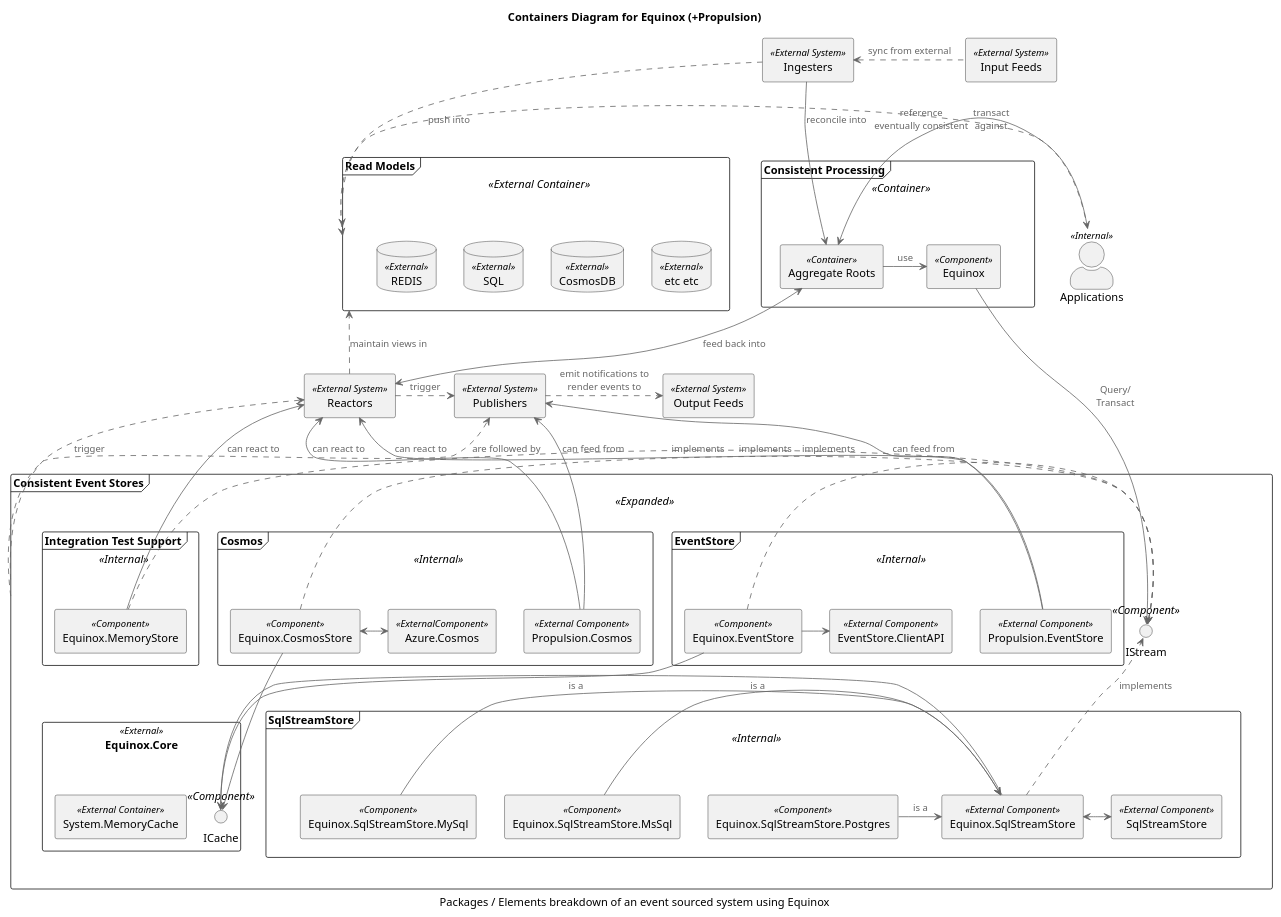
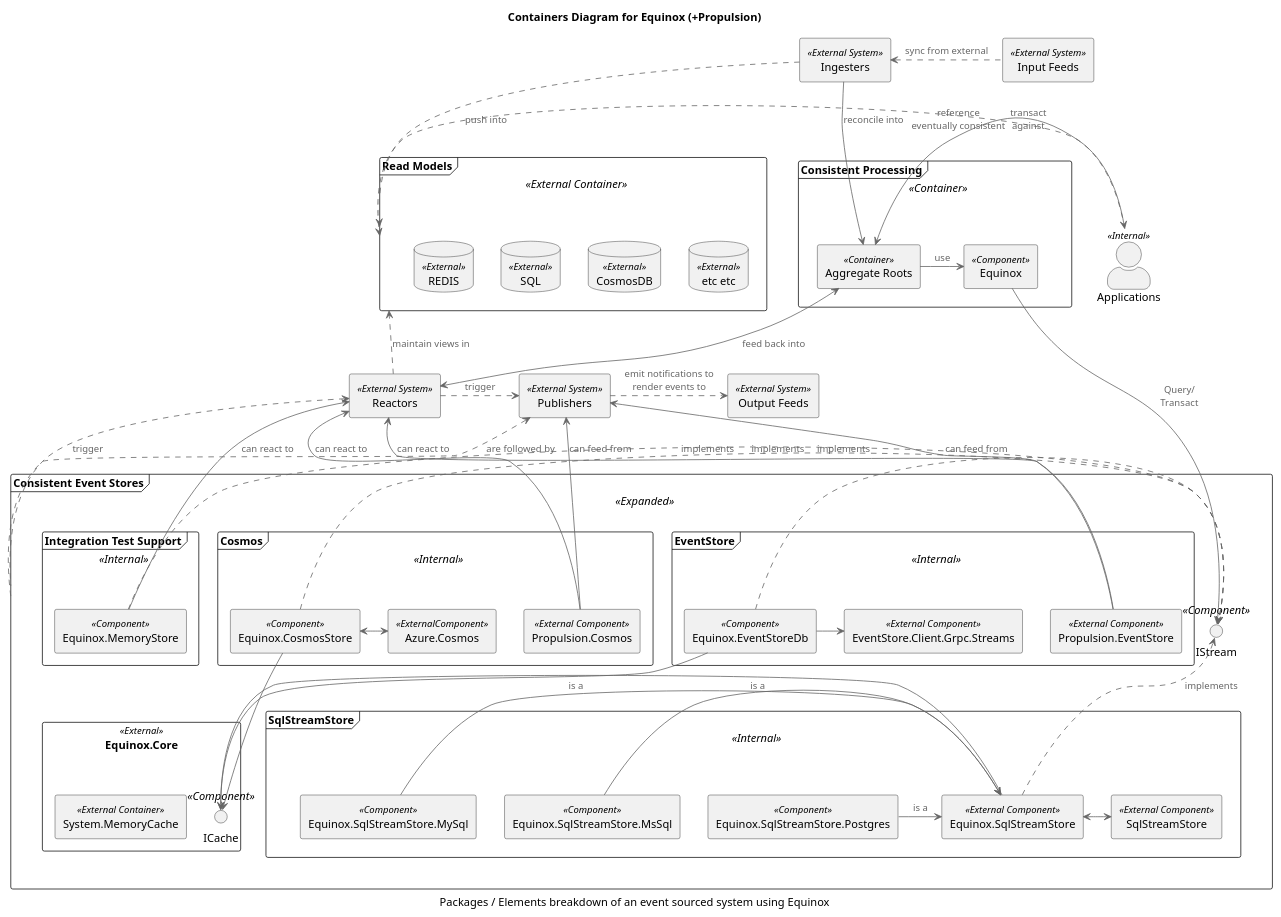
The diagram in diagrams/container.puml (jet/equinox), drawn with PlantUML before and after one commit. The commit also changed 31 other files, not shown here.

Commit message:
Add Equinox.EventStoreDb - gRPC support (#196)

```diff
--- a/diagrams/container.puml
+++ b/diagrams/container.puml
@@ -1,104 +1,104 @@
 @startuml
 !includeurl https://raw.githubusercontent.com/skleanthous/C4-PlantumlSkin/master/build/output/c4.puml
 
 title Containers Diagram for Equinox (+Propulsion)
 caption Packages / Elements breakdown of an event sourced system using Equinox
 
 rectangle "Ingesters" as ingesters <<External System>>
 rectangle "Input Feeds" as inputs <<External System>>
 actor "Applications" as apps <<Internal>>
 
 together {
     frame "Consistent Processing" <<Container>> as services {
         rectangle "Equinox" <<Component>> as equinox
         rectangle "Aggregate Roots" as aggs <<Container>>
     }
     frame "Read Models" <<External Container>> as caches {
         database "REDIS"    as red <<External>>
         database "SQL"      as sql <<External>>
         database "CosmosDB" as cdb <<External>>
         database "etc etc"  as etc <<External>>
     }
 }
 
 frame "Consistent Event Stores" as stores <<Expanded>> {
     frame "Cosmos" as cosmos <<Internal>> {
         rectangle "Equinox.CosmosStore" <<Component>> as cs
         rectangle "Propulsion.Cosmos" <<External Component>> as cr
         rectangle "Azure.Cosmos" <<ExternalComponent>> as cc
     }
     frame "EventStore" <<Internal>> {
-        rectangle "Equinox.EventStore" <<Component>> as es
+        rectangle "Equinox.EventStoreDb" <<Component>> as es
         rectangle "Propulsion.EventStore" <<External Component>> as er
-        rectangle "EventStore.ClientAPI" <<External Component>> as esc
+        rectangle "EventStore.Client.Grpc.Streams" <<External Component>> as esc
     }
     frame "Integration Test Support" <<Internal>> {
         rectangle "Equinox.MemoryStore" <<Component>> as ms
     }
     interface IStream <<Component>>
     rectangle "Equinox.Core" as core <<External>> {
         rectangle "System.MemoryCache" <<External Container>>
         interface ICache <<Component>>
     }
     frame "SqlStreamStore" as ssss <<Internal>> {
         rectangle "Equinox.SqlStreamStore.MsSql" <<Component>> as ssm
         rectangle "Equinox.SqlStreamStore.MySql" <<Component>> as ssy
         rectangle "Equinox.SqlStreamStore.Postgres" <<Component>> as ssp
         rectangle "Equinox.SqlStreamStore" <<External Component>> as sss
         rectangle "SqlStreamStore" <<External Component>>
     }
 }
 
 rectangle "Reactors" as reactors <<External System>>
 rectangle "Publishers" as publishers <<External System>>
 rectangle "Output Feeds" as outputs <<External System>>
 
 apps         .> caches     : reference\neventually consistent
 apps        <-> aggs       : transact\nagainst
 
 aggs         -> equinox    : use
 equinox      -> IStream    : Query/\nTransact
 
 stores     .>   publishers : are followed by
 stores     .U.> reactors   : trigger
 
 ingesters  <.   inputs     : sync from external
 ingesters    -> aggs       : reconcile into
 ingesters    .> caches     : push into
 
 reactors  <-U-> aggs       : feed back into
 reactors     .> caches     : maintain views in
 reactors   <-   ms         : can react to
 reactors   <-   cr         : can react to
 reactors   <-   er         : can react to
 reactors     .> publishers : trigger
 
 publishers   .> outputs    : emit notifications to\nrender events to
 publishers <--  cr         : can feed from
 publishers <--  er         : can feed from
 
 ms           .> IStream    : implements
 es           -> ICache
 es           .> IStream    : implements
 es           -> esc
 cs          --> ICache
 cs           .> IStream    : implements
 cs          <-> cc
 sss          -> ICache
 sss          .> IStream    : implements
 
 ssm          -> sss        : is a
 ssy          -> sss        : is a
 ssp          -> sss        : is a
 sss         <-> SqlStreamStore
 
 services   -[hidden]D-> reactors
 ingesters  -[hidden]D-> services
 
 IStream    -[hidden]D-> ssss
 
 red        -[hidden]R-> sql
 sql        -[hidden]R-> cdb
 cdb        -[hidden]R-> etc
 
 @enduml
```
